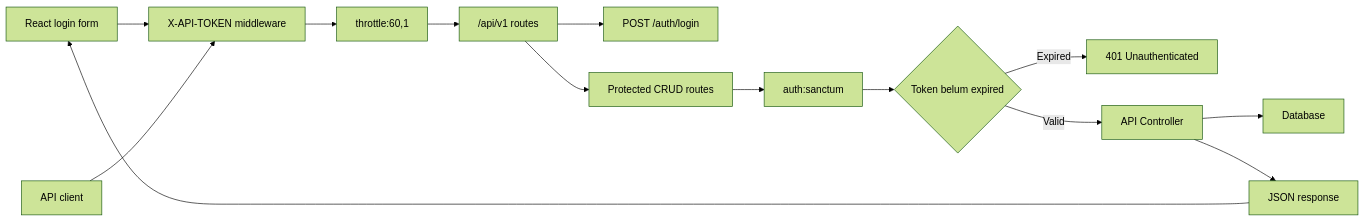
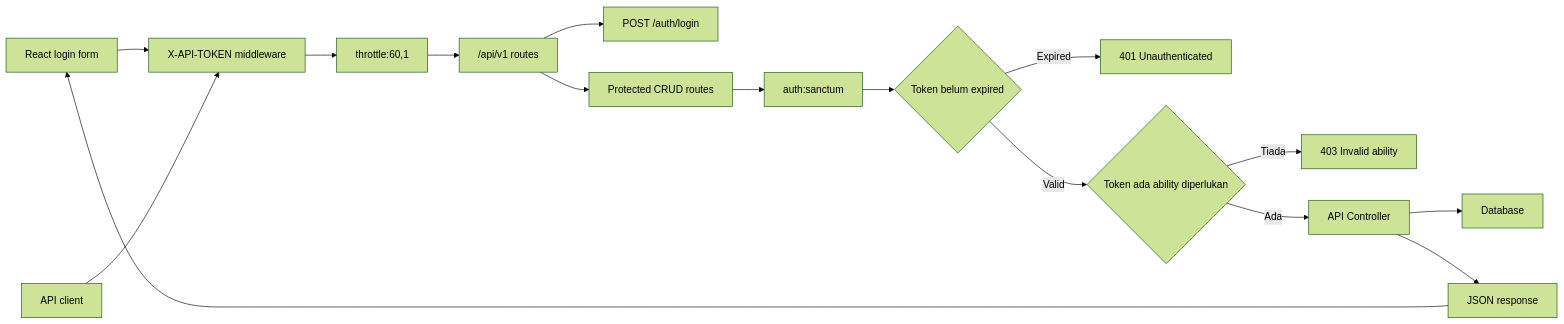
Before and after one commit to habibtalib/laravel-api-tutorial: the diagram in bahasa-malaysia/training/day-3-api-security.md, drawn with Mermaid (forest theme). The commit also changed other lines of this file and 380 other files, not shown here.

````diff
--- a/bahasa-malaysia/training/day-3-api-security.md
+++ b/bahasa-malaysia/training/day-3-api-security.md
@@ -66,16 +70,18 @@
 ```mermaid
 flowchart LR
     React["React login form"] --> FrontendToken["X-API-TOKEN middleware"]
     Client["API client"] --> FrontendToken
     FrontendToken --> Throttle["throttle:60,1"]
     Throttle --> RouteGroup["/api/v1 routes"]
     RouteGroup --> Login["POST /auth/login"]
     RouteGroup --> ProtectedCrud["Protected CRUD routes"]
     ProtectedCrud --> Sanctum["auth:sanctum"]
     Sanctum --> Expiry{"Token belum expired"}
     Expiry -- "Expired" --> Expired["401 Unauthenticated"]
-    Expiry -- "Valid" --> Controller["API Controller"]
+    Expiry -- "Valid" --> Ability{"Token ada ability diperlukan"}
+    Ability -- "Tiada" --> Forbidden["403 Invalid ability"]
+    Ability -- "Ada" --> Controller["API Controller"]
     Controller --> DB["Database"]
     Controller --> JSON["JSON response"]
     JSON --> React
 ```
````
